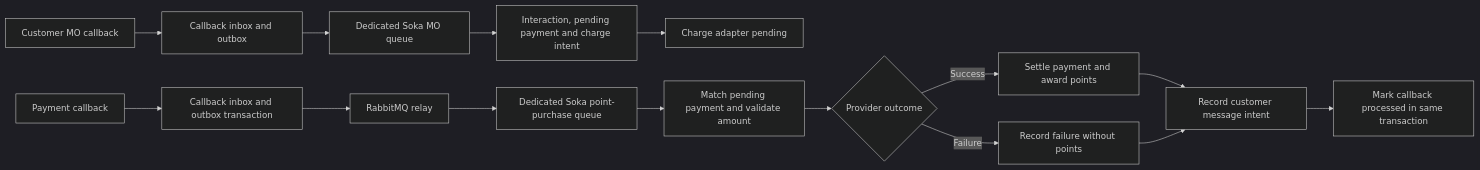
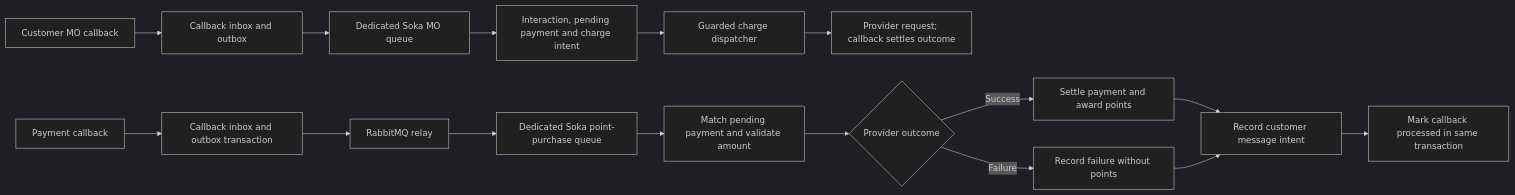
One commit to EMA-GREEN/YAS-SOKA-ISHIKISTAA-MEGAPROMO changed the diagram in docs/soka-point-flow.md. Above: the diagram before and after it, drawn with Mermaid (dark theme). The commit also changed other lines of this file and 12 other files, not shown here.

Commit message:
Add guarded Soka charge dispatch and review states

````diff
--- a/docs/soka-point-flow.md
+++ b/docs/soka-point-flow.md
@@ -5,17 +5,18 @@
 ```mermaid
 flowchart LR
   MO[Customer MO callback] --> Intake[Callback inbox and outbox]
   Intake --> MOQueue[Dedicated Soka MO queue]
   MOQueue --> Pending[Interaction, pending payment and charge intent]
-  Pending --> Await[Charge adapter pending]
+  Pending --> Dispatch[Guarded charge dispatcher]
+  Dispatch --> Provider[Provider request; callback settles outcome]
   A[Payment callback] --> B[Callback inbox and outbox transaction]
   B --> C[RabbitMQ relay]
   C --> D[Dedicated Soka point-purchase queue]
   D --> E[Match pending payment and validate amount]
   E --> F{Provider outcome}
   F -->|Success| G[Settle payment and award points]
   F -->|Failure| H[Record failure without points]
   G --> I[Record customer message intent]
   H --> I
   I --> J[Mark callback processed in same transaction]
 ```
````
